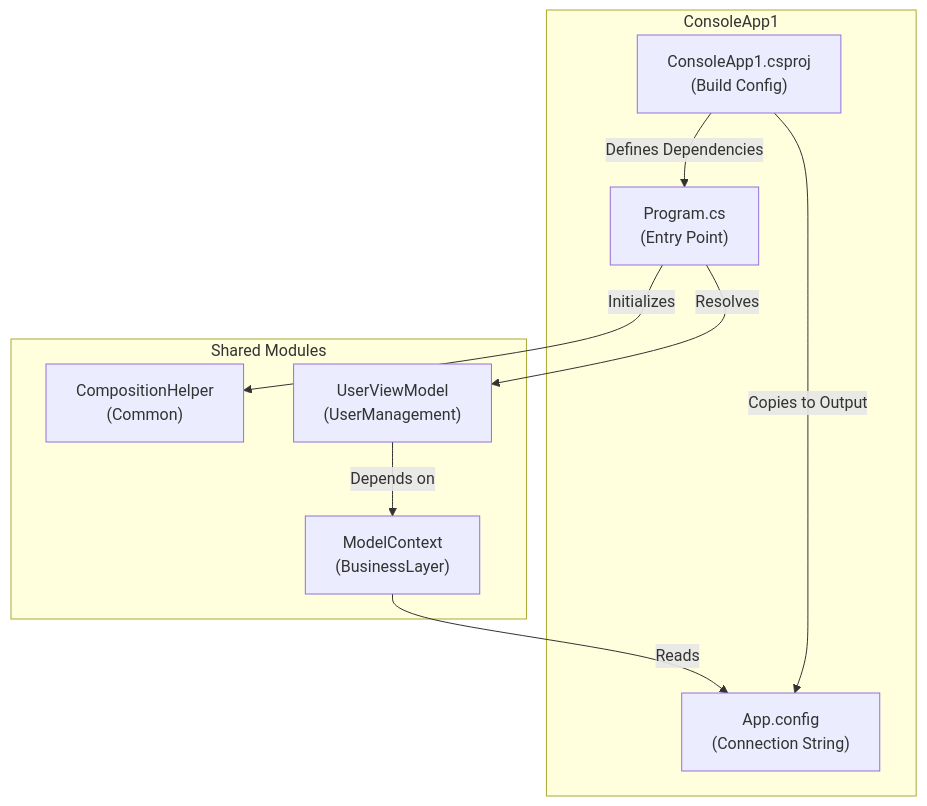
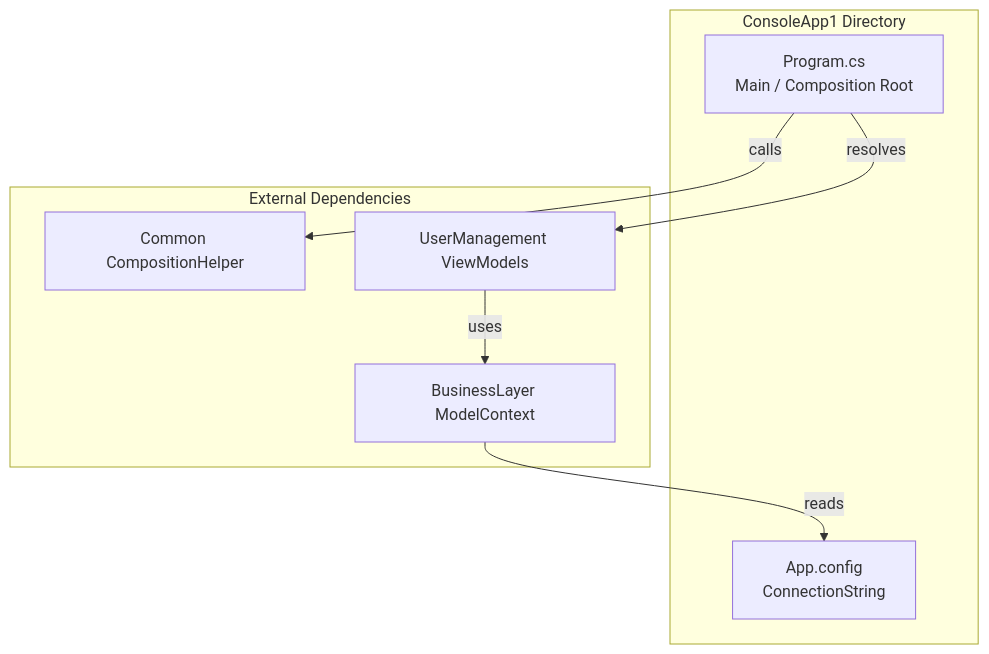
One commit to wetzlmaier-scch/mvvm changed the diagram in doc/ConsoleApp1.md. Above: the diagram before and after it, drawn with Mermaid. The commit also changed other lines of this file and 132 other files, not shown here.

````diff
--- a/doc/ConsoleApp1.md
+++ b/doc/ConsoleApp1.md
@@ -21,21 +20,18 @@
 ```mermaid
 flowchart TD
-    subgraph "ConsoleApp1"
-        Program["Program.cs<br/>(Entry Point)"]
-        Config["App.config<br/>(Connection String)"]
-        Proj["ConsoleApp1.csproj<br/>(Build Config)"]
+    subgraph ConsoleApp1 Directory
+        P[Program.cs<br/>Main / Composition Root]
+        C[App.config<br/>ConnectionString]
     end
 
-    subgraph "Shared Modules"
-        Composition["CompositionHelper<br/>(Common)"]
-        UserVM["UserViewModel<br/>(UserManagement)"]
-        ModelCtx["ModelContext<br/>(BusinessLayer)"]
+    subgraph External Dependencies
+        CH[Common CompositionHelper]
+        UM[UserManagement ViewModels]
+        BL[BusinessLayer ModelContext]
     end
 
-    Program -->|Initializes| Composition
-    Program -->|Resolves| UserVM
-    UserVM -->|Depends on| ModelCtx
-    ModelCtx -->|Reads| Config
-    Proj -->|Defines Dependencies| Program
-    Proj -->|Copies to Output| Config
+    P -->|calls| CH
+    P -->|resolves| UM
+    BL -->|reads| C
+    UM -->|uses| BL
 ```
````
